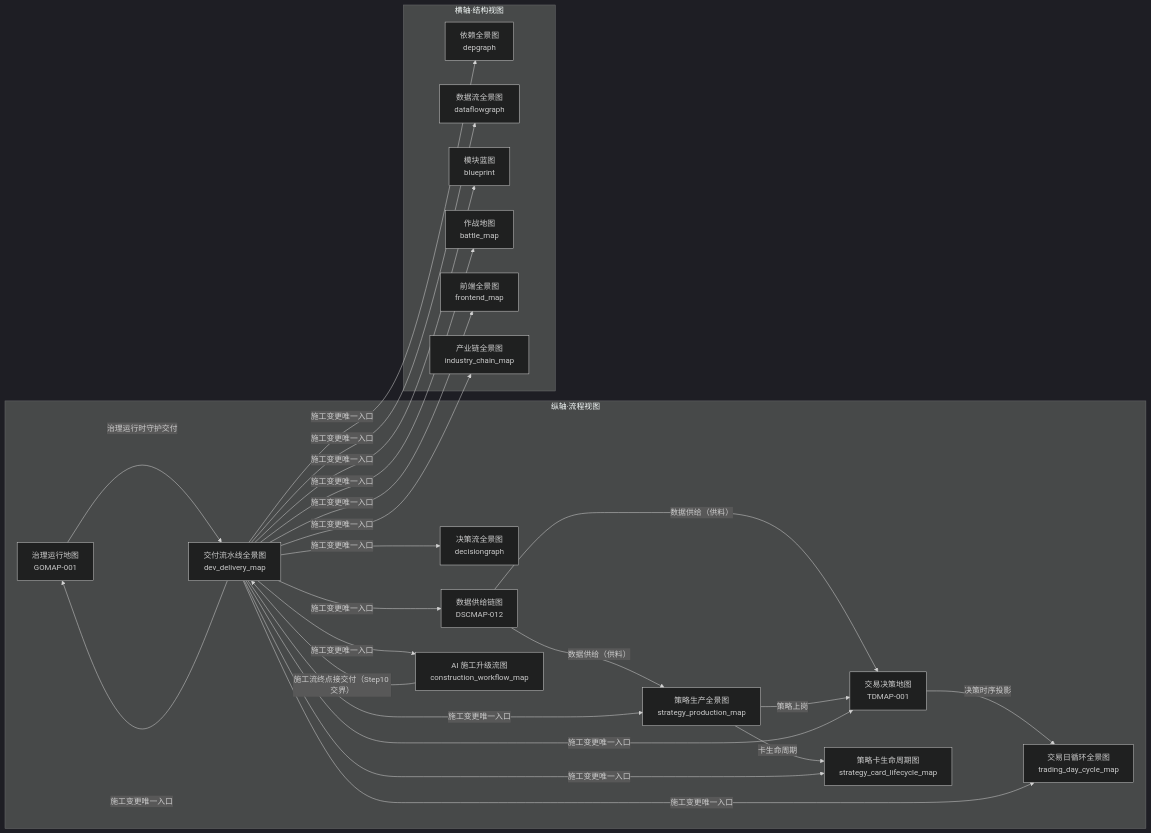
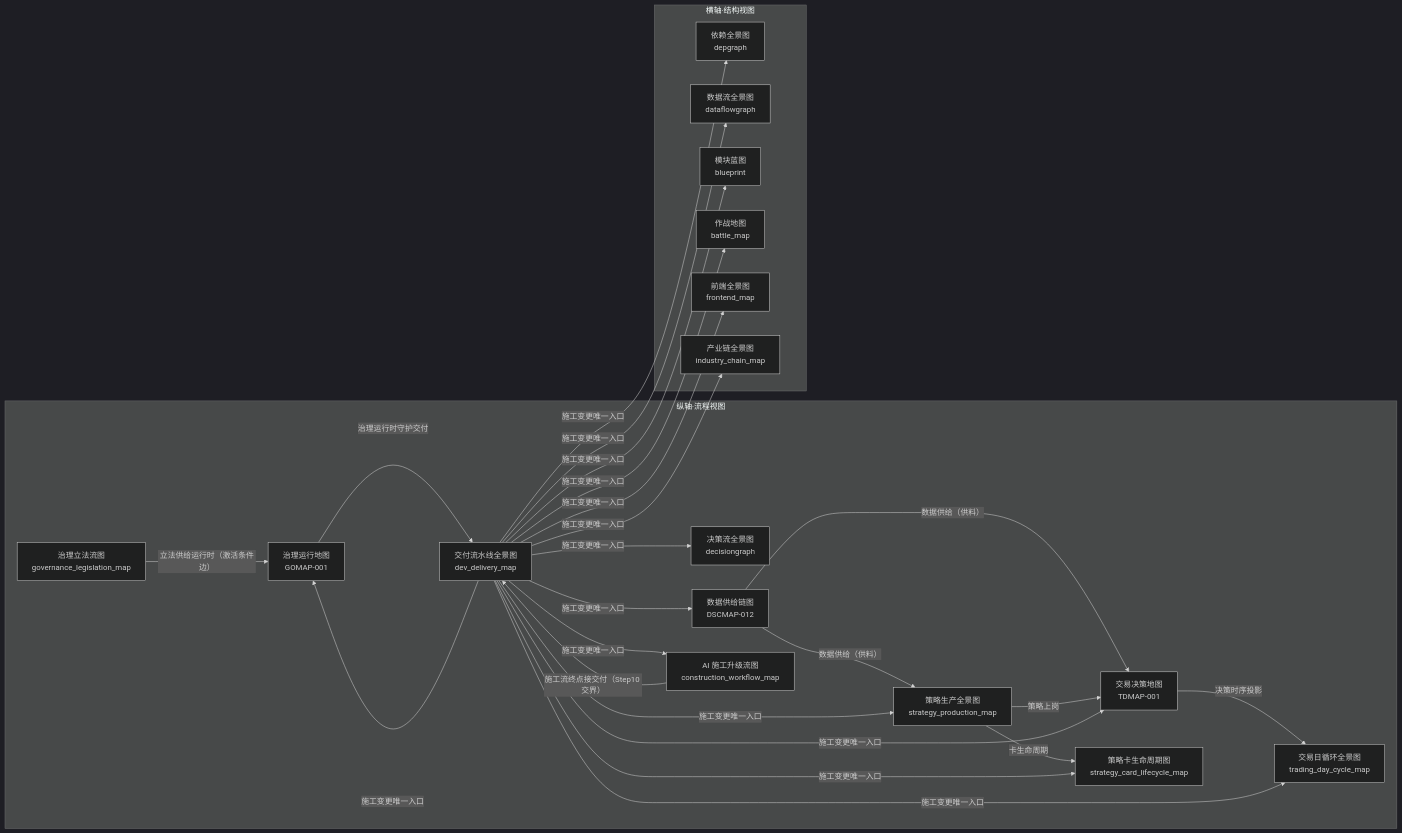
One commit to xuanFelixVan/ZephyrAlpha changed the diagram in docs/02_enterprise_architecture/04_architecture_principles_decisions/panorama_master_map.md. Above: the diagram before and after it, drawn with Mermaid (dark theme). The commit also changed other lines of this file and 1 other file, not shown here.

Commit message:
[st-fig16-20261005][图16批④·master map 收尾][裁定#486 ①激活边兑现] 总图加图16 节点+激活条件边：config/panorama_master_map.yaml 增 governance_legislation_map 节点（axis=vertical，file 指图16 本体 yaml）+「治理立法→GOMAP-001 立法供给运行时（激活条件边）」basis=裁定#486 ①——chief 终裁四③「图16 条件边挂账」兑现销账。--check 自证 nodes=16（纵10/横6）edges=22 §3在册=16 双闭全绿（[WARN] 待转正标记两行为旧稿陈旧注记 warn 级随转正批自清）；渲染 md 幂等重生成。q-0014 总图四件已落 HEAD（15 节点基底+本批 16 节点）。
[GW:st-fig16-20261005:q-20261006-st-fig16-20261005-0016]

[GW:st-fig16-20261005]
[GW:st-fig16-20261005:overlap]
[GW:st-fig16-20261005:multi-domain]
[GW:st-fig16-20261005:tracked-drift]

````diff
--- a/docs/02_enterprise_architecture/04_architecture_principles_decisions/panorama_master_map.md
+++ b/docs/02_enterprise_architecture/04_architecture_principles_decisions/panorama_master_map.md
@@ -15,44 +15,46 @@
 ```mermaid
 flowchart LR
     subgraph VERTICAL["纵轴·流程视图"]
         decisiongraph["决策流全景图<br/>decisiongraph"]
         TDMAP_001["交易决策地图<br/>TDMAP-001"]
         strategy_production_map["策略生产全景图<br/>strategy_production_map"]
         GOMAP_001["治理运行地图<br/>GOMAP-001"]
         dev_delivery_map["交付流水线全景图<br/>dev_delivery_map"]
         DSCMAP_012["数据供给链图<br/>DSCMAP-012"]
         trading_day_cycle_map["交易日循环全景图<br/>trading_day_cycle_map"]
         construction_workflow_map["AI 施工升级流图<br/>construction_workflow_map"]
         strategy_card_lifecycle_map["策略卡生命周期图<br/>strategy_card_lifecycle_map"]
+        governance_legislation_map["治理立法流图<br/>governance_legislation_map"]
     end
     subgraph HORIZONTAL["横轴·结构视图"]
         depgraph["依赖全景图<br/>depgraph"]
         dataflowgraph["数据流全景图<br/>dataflowgraph"]
         blueprint["模块蓝图<br/>blueprint"]
         battle_map["作战地图<br/>battle_map"]
         frontend_map["前端全景图<br/>frontend_map"]
         industry_chain_map["产业链全景图<br/>industry_chain_map"]
     end
 
     DSCMAP_012 -->|"数据供给（供料）"| TDMAP_001
     DSCMAP_012 -->|"数据供给（供料）"| strategy_production_map
     strategy_production_map -->|"策略上岗"| TDMAP_001
     strategy_production_map -->|"卡生命周期"| strategy_card_lifecycle_map
+    governance_legislation_map -->|"立法供给运行时（激活条件边）"| GOMAP_001
     TDMAP_001 -->|"决策时序投影"| trading_day_cycle_map
     dev_delivery_map -->|"施工变更唯一入口"| depgraph
     dev_delivery_map -->|"施工变更唯一入口"| dataflowgraph
     dev_delivery_map -->|"施工变更唯一入口"| decisiongraph
     dev_delivery_map -->|"施工变更唯一入口"| blueprint
     dev_delivery_map -->|"施工变更唯一入口"| battle_map
     dev_delivery_map -->|"施工变更唯一入口"| frontend_map
     dev_delivery_map -->|"施工变更唯一入口"| TDMAP_001
     dev_delivery_map -->|"施工变更唯一入口"| industry_chain_map
     dev_delivery_map -->|"施工变更唯一入口"| strategy_production_map
     dev_delivery_map -->|"施工变更唯一入口"| GOMAP_001
     dev_delivery_map -->|"施工变更唯一入口"| DSCMAP_012
     dev_delivery_map -->|"施工变更唯一入口"| trading_day_cycle_map
     dev_delivery_map -->|"施工变更唯一入口"| construction_workflow_map
     dev_delivery_map -->|"施工变更唯一入口"| strategy_card_lifecycle_map
     construction_workflow_map -->|"施工流终点接交付（Step10 交界）"| dev_delivery_map
     GOMAP_001 -->|"治理运行时守护交付"| dev_delivery_map
 ```
````
